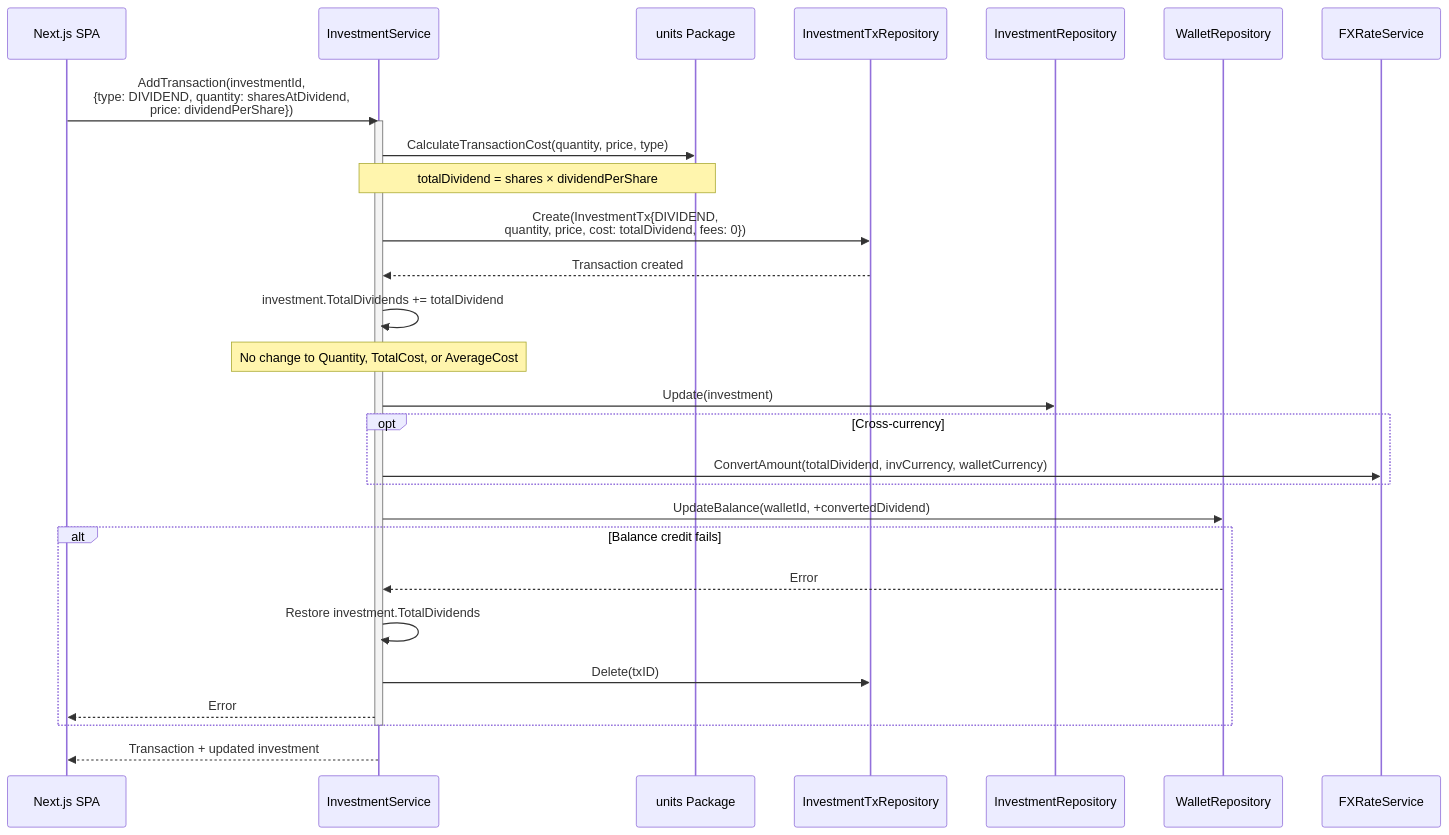
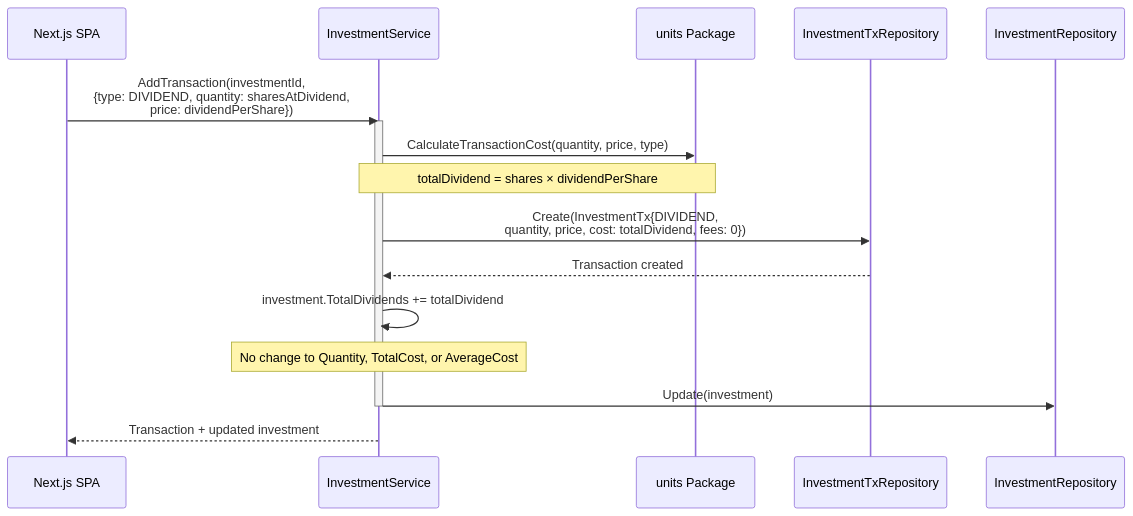
One commit to khanhnq1406/wealth-journey changed the fourth of 8 diagrams in docs/architecture/flow-investment.md. Above: the diagram before and after it, drawn with Mermaid. The commit also changed other lines of this file and 4 other files, not shown here.

First line of the commit message:
docs(architecture): update C4 and flow diagrams for investment-wallet decoupling

````diff
--- a/docs/architecture/flow-investment.md
+++ b/docs/architecture/flow-investment.md
@@ -306,38 +274,24 @@
 ```mermaid
 sequenceDiagram
     participant SPA as Next.js SPA
     participant IS as InvestmentService
     participant Units as units Package
     participant ITR as InvestmentTxRepository
     participant IR as InvestmentRepository
-    participant WR as WalletRepository
-    participant FX as FXRateService
 
     SPA->>IS: AddTransaction(investmentId,<br/>{type: DIVIDEND, quantity: sharesAtDividend,<br/>price: dividendPerShare})
 
     activate IS
     IS->>Units: CalculateTransactionCost(quantity, price, type)
     Note over IS,Units: totalDividend = shares × dividendPerShare
 
     IS->>ITR: Create(InvestmentTx{DIVIDEND,<br/>quantity, price, cost: totalDividend, fees: 0})
     ITR-->>IS: Transaction created
 
     IS->>IS: investment.TotalDividends += totalDividend
     Note over IS: No change to Quantity, TotalCost, or AverageCost
     IS->>IR: Update(investment)
-
-    opt Cross-currency
-        IS->>FX: ConvertAmount(totalDividend, invCurrency, walletCurrency)
-    end
-    IS->>WR: UpdateBalance(walletId, +convertedDividend)
-
-    alt Balance credit fails
-        WR-->>IS: Error
-        IS->>IS: Restore investment.TotalDividends
-        IS->>ITR: Delete(txID)
-        IS-->>SPA: Error
-    end
     deactivate IS
 
     IS-->>SPA: Transaction + updated investment
 ```
````
